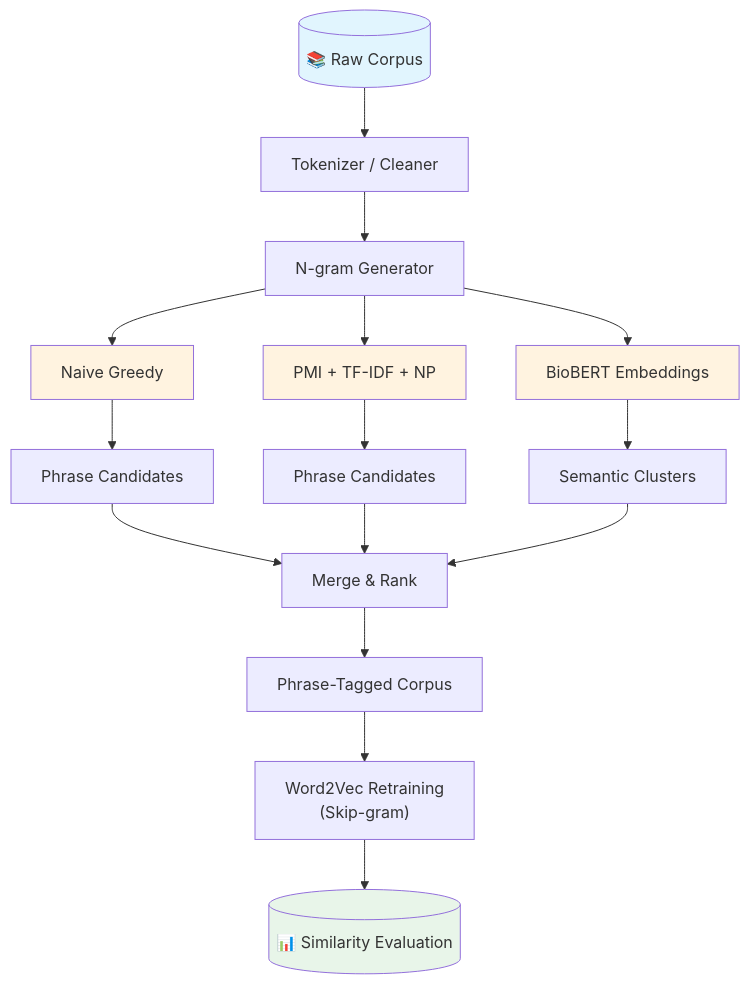
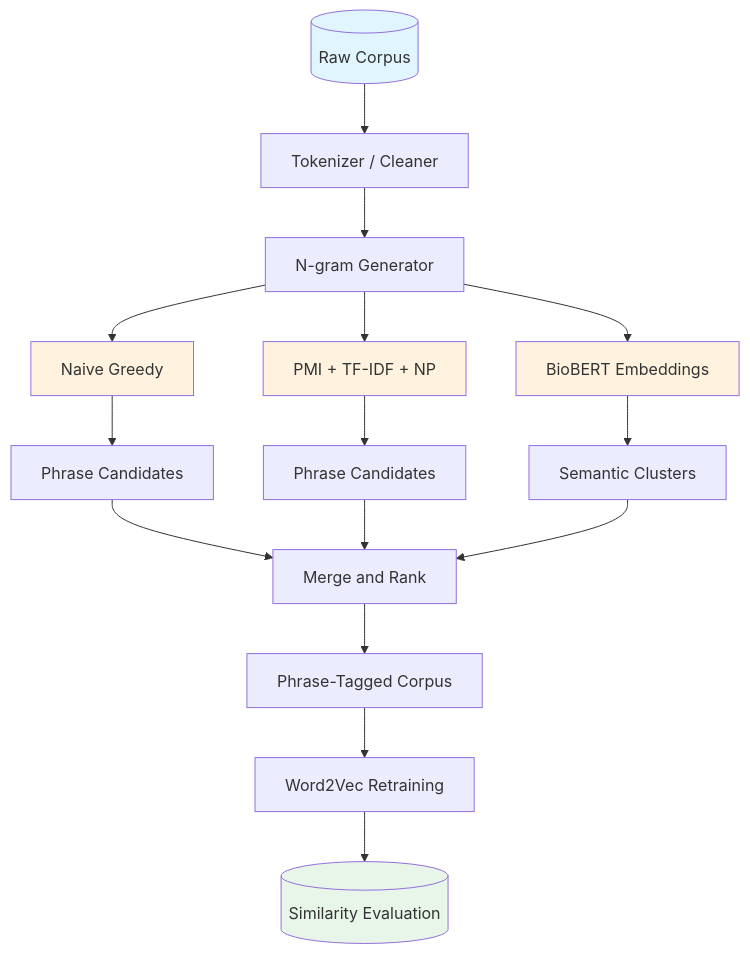
The fourth of 4 diagrams in _pages/projects.md (Mahim05078/mahim05078.github.io), drawn with Mermaid before and after one commit. The commit also changed other lines of this file, not shown here.

Commit message:
update Dec 25:5 - mermaid diagrams

```diff
--- a/_pages/projects.md
+++ b/_pages/projects.md
@@ -130,23 +130,23 @@
 <div class="mermaid">
 flowchart TD
-    A[("📚 Raw Corpus")] --> B["Tokenizer / Cleaner"]
-    B --> C["N-gram Generator"]
-    C --> D["Naive Greedy"]
-    C --> E["PMI + TF-IDF + NP"]
-    C --> F["BioBERT Embeddings"]
-    D --> G["Phrase Candidates"]
-    E --> H["Phrase Candidates"]
-    F --> I["Semantic Clusters"]
-    G --> J["Merge & Rank"]
+    A[(Raw Corpus)] --> B[Tokenizer / Cleaner]
+    B --> C[N-gram Generator]
+    C --> D[Naive Greedy]
+    C --> E[PMI + TF-IDF + NP]
+    C --> F[BioBERT Embeddings]
+    D --> G[Phrase Candidates]
+    E --> H[Phrase Candidates]
+    F --> I[Semantic Clusters]
+    G --> J[Merge and Rank]
     H --> J
     I --> J
-    J --> K["Phrase-Tagged Corpus"]
-    K --> L["Word2Vec Retraining<br/>(Skip-gram)"]
-    L --> M[("📊 Similarity Evaluation")]
+    J --> K[Phrase-Tagged Corpus]
+    K --> L[Word2Vec Retraining]
+    L --> M[(Similarity Evaluation)]
 
     style A fill:#e1f5fe
     style D fill:#fff3e0
     style E fill:#fff3e0
     style F fill:#fff3e0
     style M fill:#e8f5e9
 </div>
```
